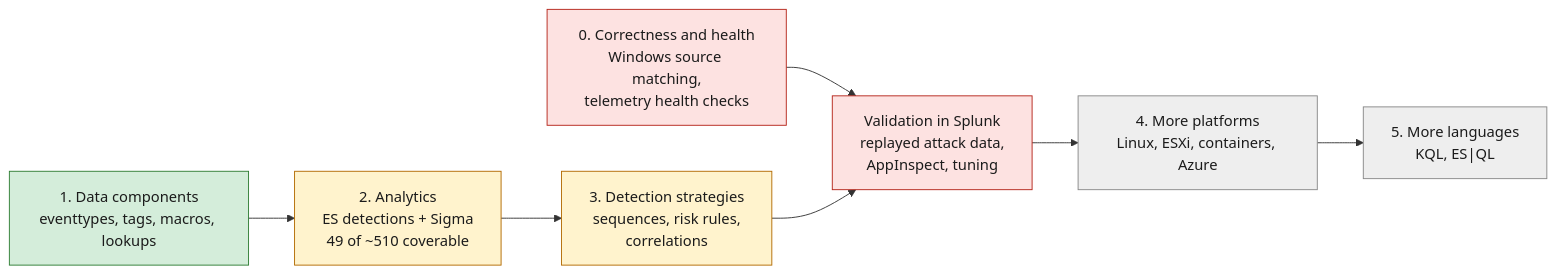
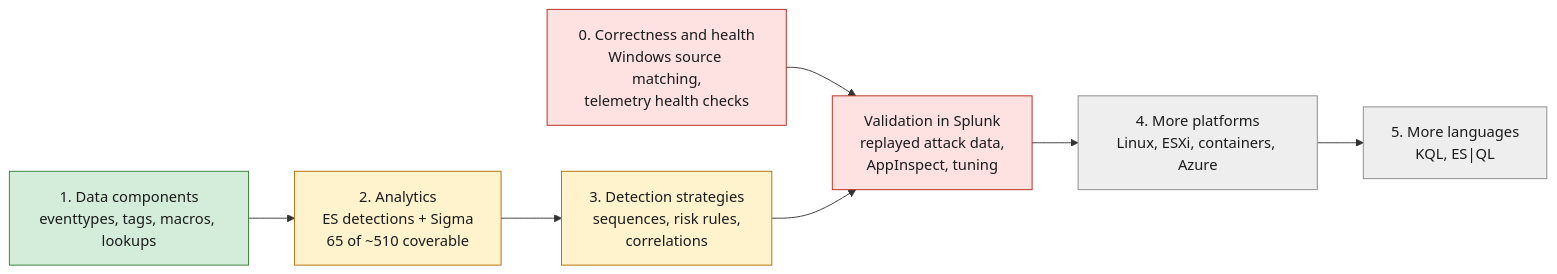
The diagram in docs/roadmap.md (dev-nobytes-io/mitre-defensive-mappings-spl), drawn with Mermaid before and after one commit. The commit also changed other lines of this file and 59 other files, not shown here.

````diff
--- a/docs/roadmap.md
+++ b/docs/roadmap.md
@@ -5,17 +5,17 @@
 ```mermaid
 flowchart LR
   P1["1. Data components<br/>eventtypes, tags, macros, lookups"]:::done
-  P2["2. Analytics<br/>ES detections + Sigma<br/>49 of ~510 coverable"]:::part
+  P2["2. Analytics<br/>ES detections + Sigma<br/>65 of ~510 coverable"]:::part
   P3["3. Detection strategies<br/>sequences, risk rules,<br/>correlations"]:::part
   P0["0. Correctness and health<br/>Windows source matching,<br/>telemetry health checks"]:::next
   PV["Validation in Splunk<br/>replayed attack data,<br/>AppInspect, tuning"]:::next
   P4["4. More platforms<br/>Linux, ESXi, containers, Azure"]:::later
   P5["5. More languages<br/>KQL, ES|QL"]:::later
   P1 --> P2 --> P3
   P0 --> PV
   P3 --> PV --> P4 --> P5
   classDef done fill:#d4edda,stroke:#2e7d32,color:#1b1b1b
   classDef part fill:#fff3cd,stroke:#b26a00,color:#1b1b1b
   classDef next fill:#fde2e1,stroke:#b42318,color:#1b1b1b
   classDef later fill:#eeeeee,stroke:#888,color:#1b1b1b
 ```
````
